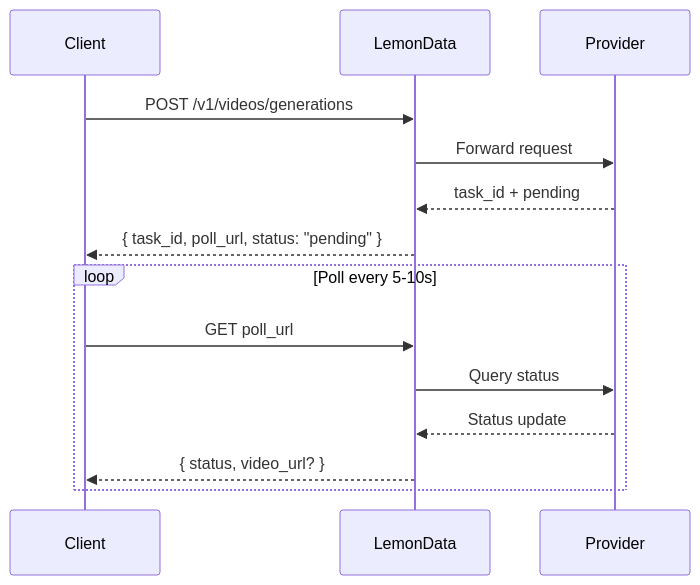
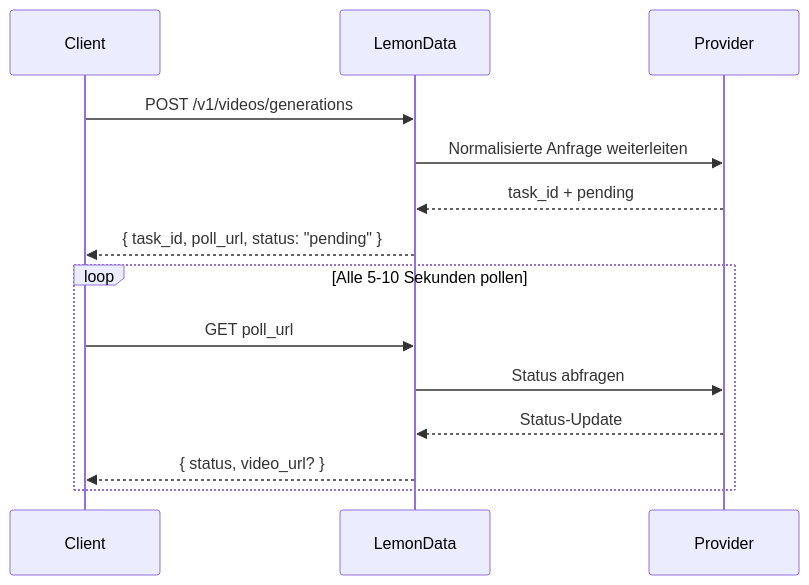
The diagram in de/guides/video-generation.mdx (hedging8563/lemondata-docs), drawn with Mermaid before and after one commit. The commit also changed other lines of this file and 17 other files, not shown here.

````diff
--- a/de/guides/video-generation.mdx
+++ b/de/guides/video-generation.mdx
@@ -21,18 +24,18 @@
 ```mermaid
 sequenceDiagram
     participant Client
     participant LemonData
     participant Provider
 
     Client->>LemonData: POST /v1/videos/generations
-    LemonData->>Provider: Forward request
+    LemonData->>Provider: Normalisierte Anfrage weiterleiten
     Provider-->>LemonData: task_id + pending
     LemonData-->>Client: { task_id, poll_url, status: "pending" }
 
-    loop Poll every 5-10s
+    loop Alle 5-10 Sekunden pollen
         Client->>LemonData: GET poll_url
-        LemonData->>Provider: Query status
-        Provider-->>LemonData: Status update
+        LemonData->>Provider: Status abfragen
+        Provider-->>LemonData: Status-Update
         LemonData-->>Client: { status, video_url? }
     end
 ```
````
